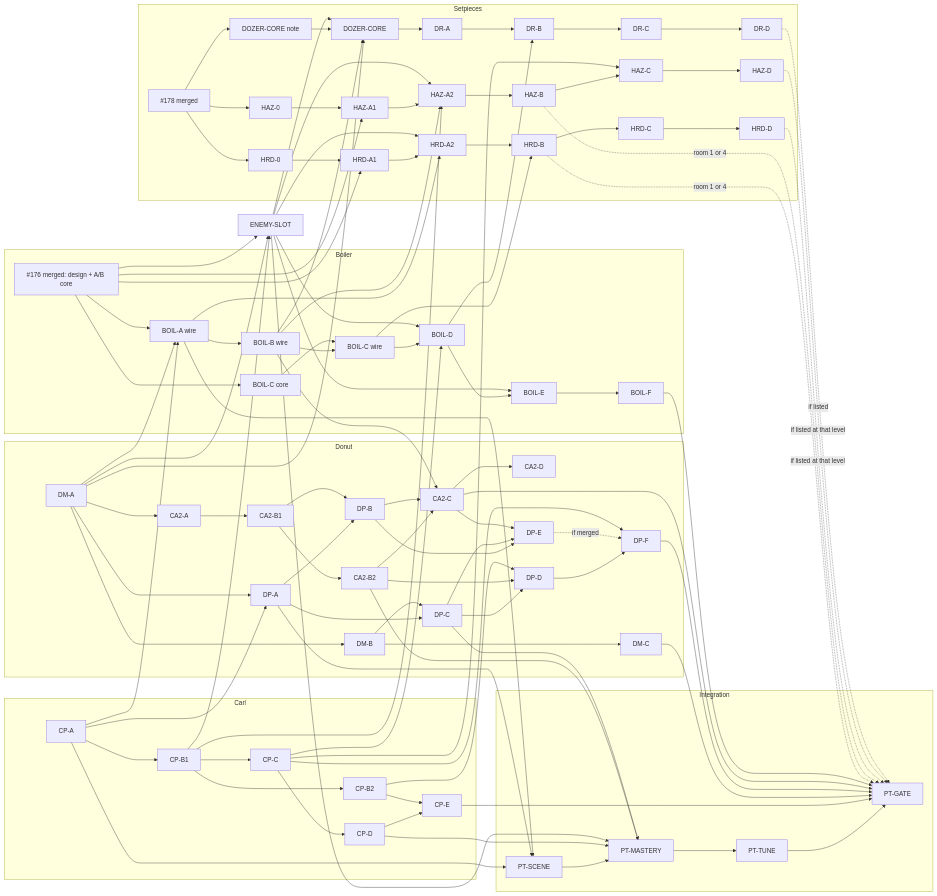
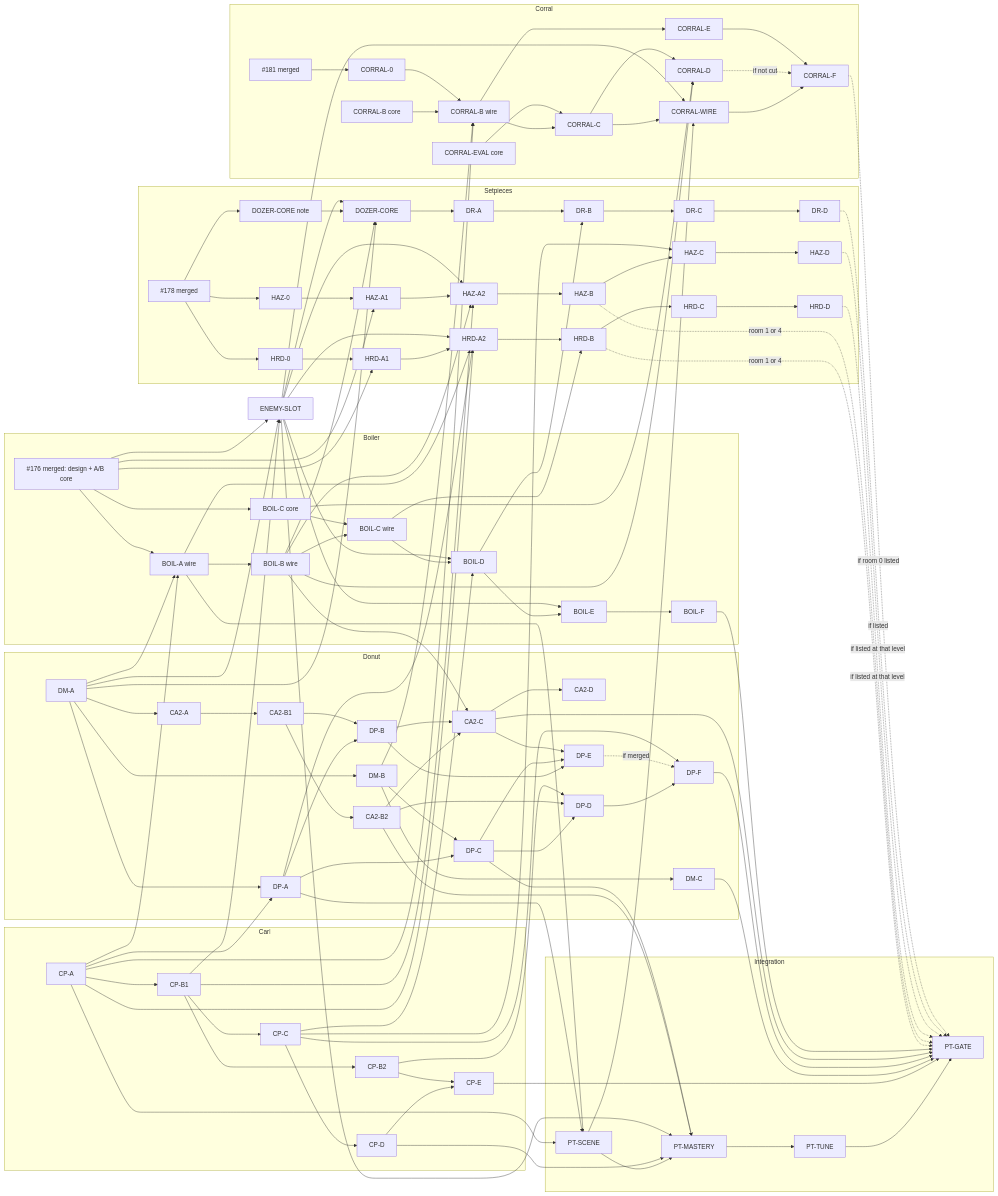
Before and after one commit to pando85/dungeon-floorbreak: the diagram in docs/07-agents/f01-playtest-integration-plan.md, drawn with Mermaid. The commit also changed other lines of this file, not shown here.

First line of the commit message:
docs(plan): F01 playtest plan Revision 3, Infernal Corral integration (#181) (#190)

````diff
--- a/docs/07-agents/f01-playtest-integration-plan.md
+++ b/docs/07-agents/f01-playtest-integration-plan.md
@@ -271,6 +298,8 @@
   P176-->ZA1
   ES-->HA2
   BAw-->HA2
+  CPA-->HA2
+  DPA-->HA2
   BCw-->HB
   ES-->ZA2
   CPB1-->ZA2
@@ -300,4 +329,22 @@
   HD-.->|if listed at that level|PTG
   ZD-.->|if listed at that level|PTG
   DRD-.->|if listed|PTG
+  subgraph Corral
+    P181[#181 merged]-->C0[CORRAL-0]
+    CEc[CORRAL-EVAL core]
+    CBc[CORRAL-B core]-->CBw[CORRAL-B wire]-->CC[CORRAL-C]-->CWI[CORRAL-WIRE]-->CF[CORRAL-F]
+    CC-->CD[CORRAL-D]
+    CBw-->CE[CORRAL-E]
+  end
+  C0-->CBw
+  DMB-->CBw
+  CPA-->CBw
+  CEc-->CC
+  PTS-->CWI
+  ES-->CWI
+  BBw-->CD
+  BCc-->CD
+  CD-.->|if not cut|CF
+  CE-->CF
+  CF-.->|if room 0 listed|PTG
 ```
````
